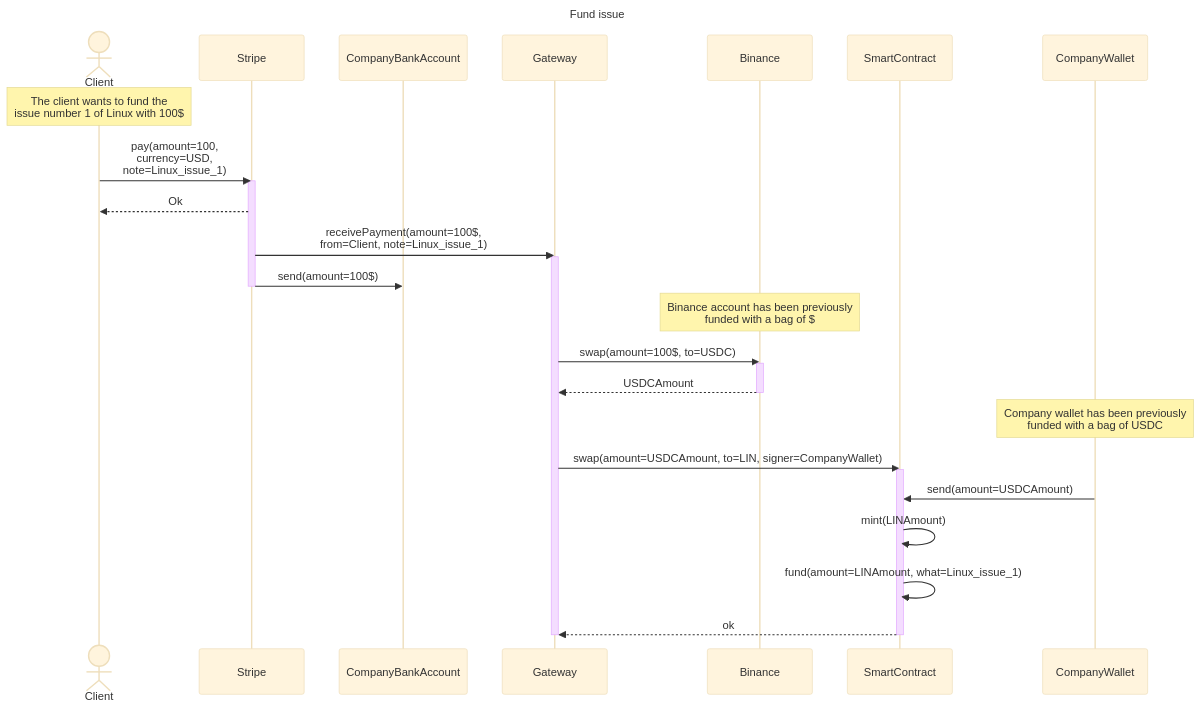
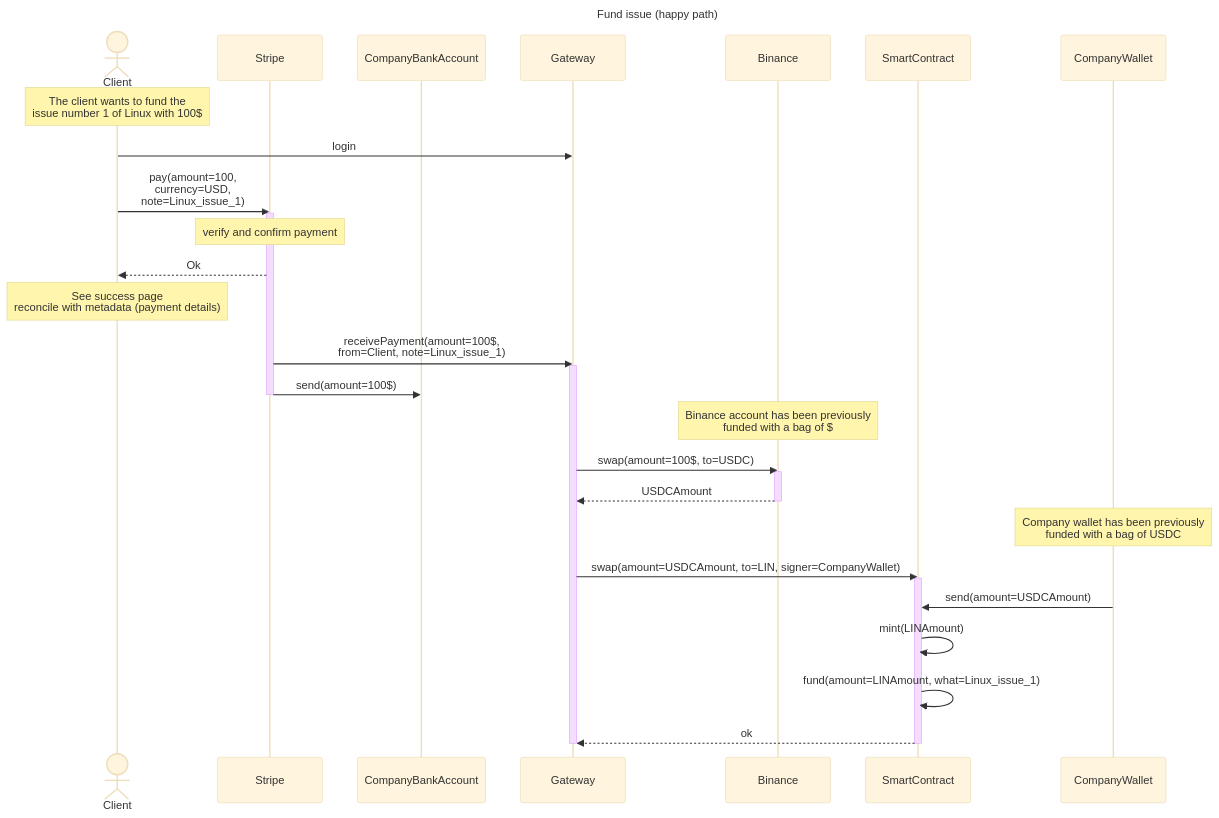
One commit to Open-Source-Economy/backend changed the diagram in architechture/fund_issue.md. Above: the diagram before and after it, drawn with Mermaid (base theme). The commit also changed other lines of this file, not shown here.

Commit message:
Add details to fund issue diagram (#8)

````diff
--- a/architechture/fund_issue.md
+++ b/architechture/fund_issue.md
@@ -1,47 +1,50 @@
 ```mermaid
 sequenceDiagram
-    title: Fund issue
+    title: Fund issue (happy path)
 
     actor Client
 
     participant Stripe
     participant CompanyBankAccount
     
     participant Gateway
     participant Binance
 
     participant SmartContract
     
     participant CompanyWallet
     
+    Note over Client: The client wants to fund the <br/>issue number 1 of Linux with 100$
     
-    Note over Client: The client wants to fund the <br/>issue number 1 of Linux with 100$
+    Client->>Gateway: login
      
-    Client->>Stripe: pay(amount=100, <br/> currency=USD, <br/> note=Linux_issue_1)  
+    Client->>Stripe: pay(amount=100, <br/> currency=USD, <br/> note=Linux_issue_1)
     activate Stripe
+    Note over Stripe: verify and confirm payment
     
     Stripe-->>Client: Ok
+    Note over Client: See success page <br/> reconcile with metadata (payment details)
     Stripe->>Gateway: receivePayment(amount=100$, <br/> from=Client, note=Linux_issue_1)
     activate Gateway
     Stripe->>CompanyBankAccount: send(amount=100$)
     deactivate Stripe
     
     note over Binance: Binance account has been previously <br/>funded with a bag of $
     Gateway->>Binance: swap(amount=100$, to=USDC)
     activate Binance
     Binance-->>Gateway: USDCAmount
     deactivate Binance
 
     note over CompanyWallet: Company wallet has been previously <br/> funded with a bag of USDC
     Gateway->>SmartContract: swap(amount=USDCAmount, to=LIN, signer=CompanyWallet)
     activate SmartContract
    
     CompanyWallet->>SmartContract: send(amount=USDCAmount)
     SmartContract->>SmartContract : mint(LINAmount)
     SmartContract->>SmartContract : fund(amount=LINAmount, what=Linux_issue_1)
     
     SmartContract-->>Gateway: ok
     deactivate SmartContract
 
     deactivate Gateway
 ```
````
